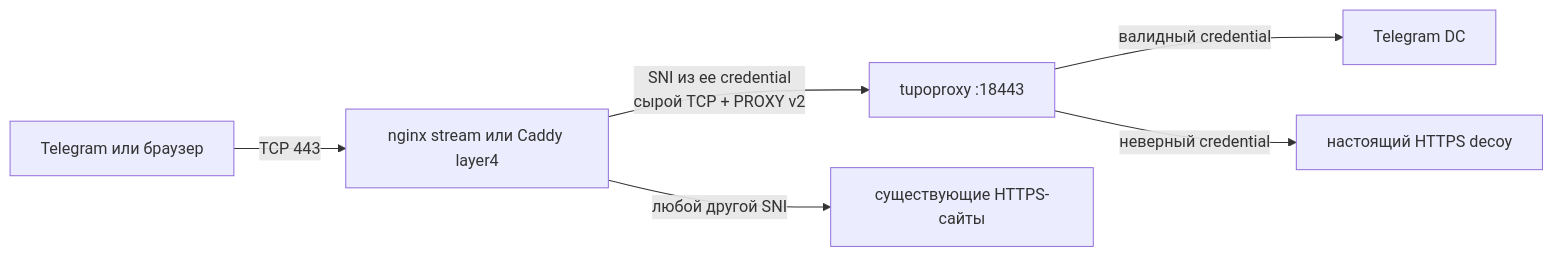
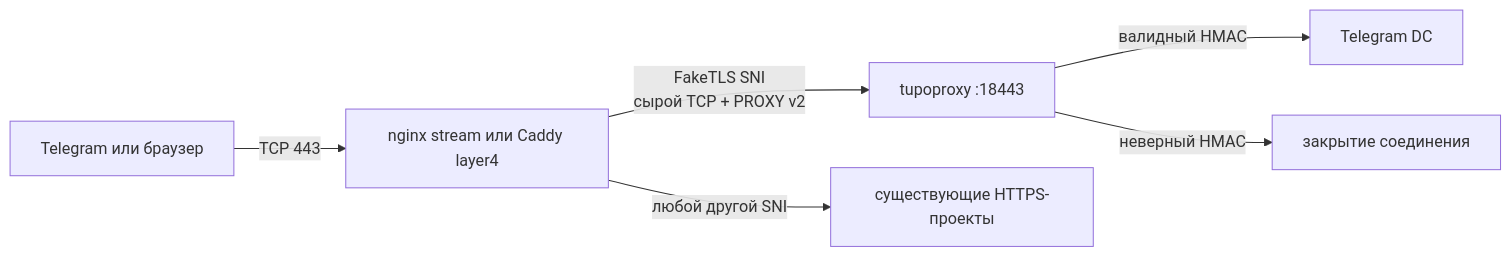
Before and after one commit to wasteprince/tupoproxy: the diagram in README.md, drawn with Mermaid. The commit also changed other lines of this file and 16 other files, not shown here.

Commit message:
Route authenticated FakeTLS through shared port 443

````diff
--- a/README.md
+++ b/README.md
@@ -48,8 +47,8 @@
 ```mermaid
 flowchart LR
     C[Telegram или браузер] -->|TCP 443| E[nginx stream или Caddy layer4]
-    E -->|SNI из ee credential<br>сырой TCP + PROXY v2| T[tupoproxy :18443]
-    E -->|любой другой SNI| W[существующие HTTPS-сайты]
-    T -->|валидный credential| G[Telegram DC]
-    T -->|неверный credential| D[настоящий HTTPS decoy]
+    E -->|FakeTLS SNI<br>сырой TCP + PROXY v2| T[tupoproxy :18443]
+    E -->|любой другой SNI| W[существующие HTTPS-проекты]
+    T -->|валидный HMAC| G[Telegram DC]
+    T -->|неверный HMAC| X[закрытие соединения]
 ```
````
